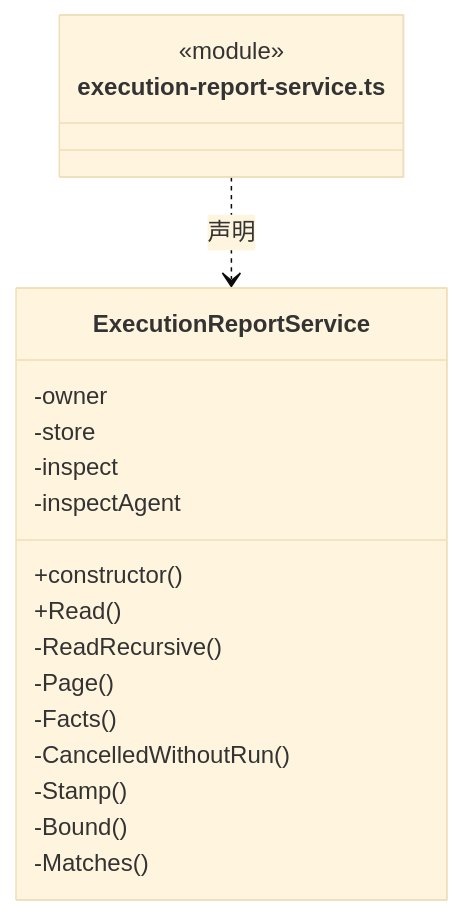
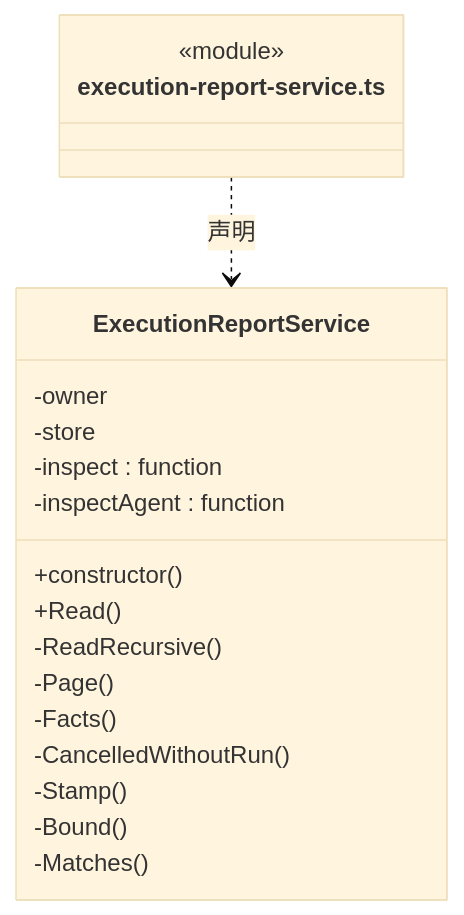
One commit to nan023062/cbim changed diagram 13 of 23 in src/logic/evidence/runtime/ARCHITECTURE.md. Above: the diagram before and after it, drawn with Mermaid (base theme). The commit also changed other lines of this file and 137 other files, not shown here.

Commit message:
fix: align architecture generator with documentation standards

````diff
--- a/src/logic/evidence/runtime/ARCHITECTURE.md
+++ b/src/logic/evidence/runtime/ARCHITECTURE.md
@@ -353,22 +369,22 @@
 ```mermaid
 classDiagram
 class N_src_logic_evidence_runtime_execution_report_service_ts["execution-report-service.ts"] {
   <<module>>
 }
 class N_src_logic_evidence_runtime_execution_report_service_ts_ExecutionReportService["ExecutionReportService"] {
   +constructor()
   +Read()
   -owner
   -store
-  -inspect
-  -inspectAgent
+  -inspect : function
+  -inspectAgent : function
   -ReadRecursive()
   -Page()
   -Facts()
   -CancelledWithoutRun()
   -Stamp()
   -Bound()
   -Matches()
 }
 N_src_logic_evidence_runtime_execution_report_service_ts ..> N_src_logic_evidence_runtime_execution_report_service_ts_ExecutionReportService : 声明
 ```
````
